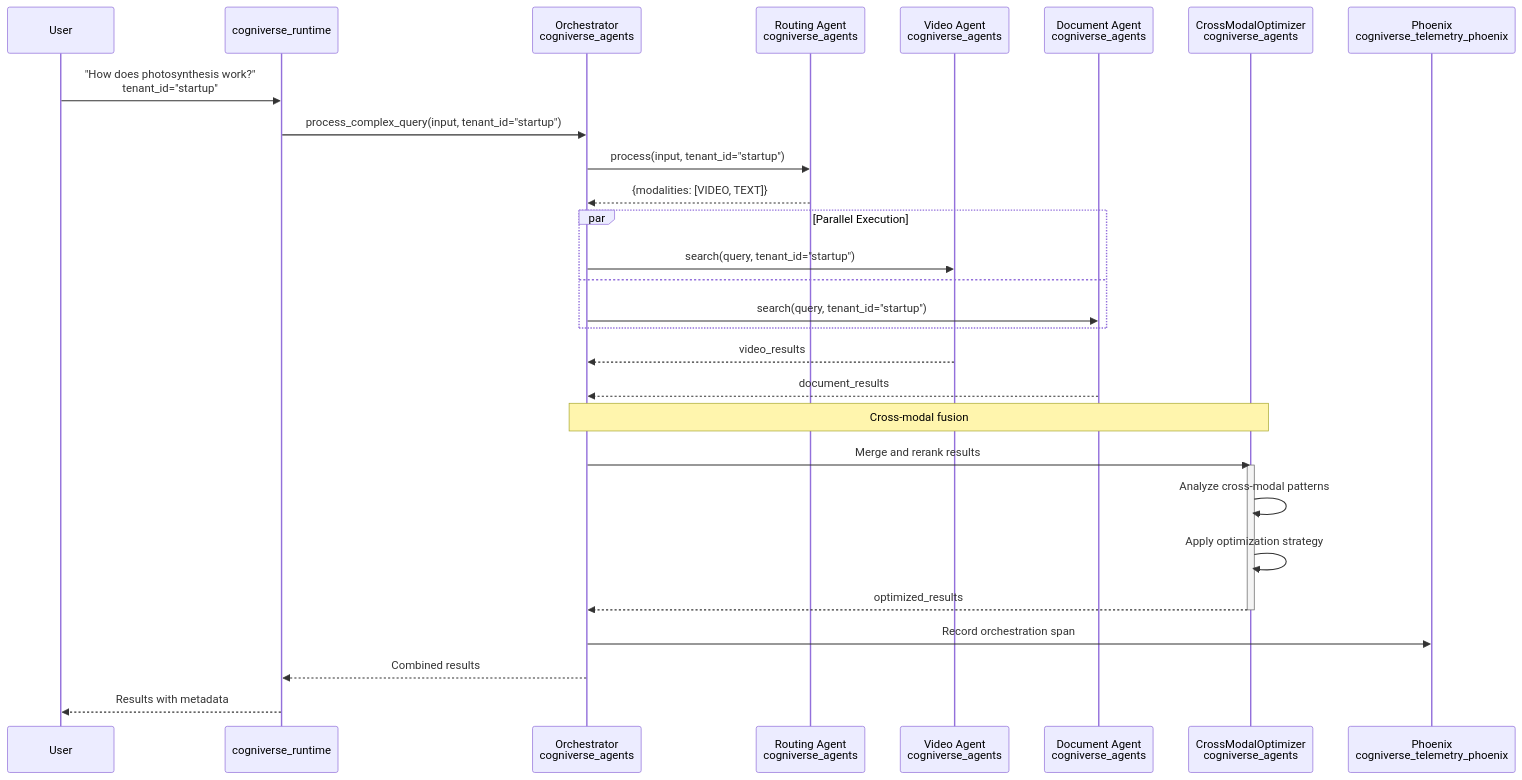
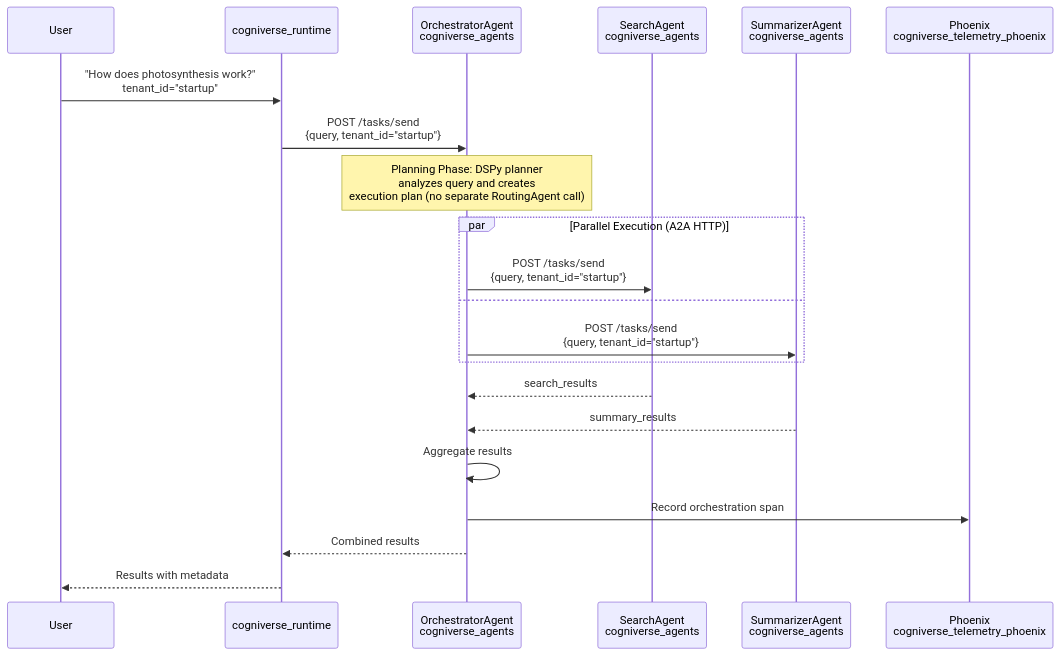
Before and after one commit to amit-jain/cogniverse: the third of 24 diagrams in docs/architecture/system-flows.md, drawn with Mermaid. The commit also changed other lines of this file and 137 other files, not shown here.

First line of the commit message:
Refactor agents to tenant-agnostic startup with per-request tenant routing

````diff
--- a/docs/architecture/system-flows.md
+++ b/docs/architecture/system-flows.md
@@ -129,38 +126,29 @@
 ```mermaid
 sequenceDiagram
     participant User
     participant Runtime as cogniverse_runtime
-    participant Orchestrator as Orchestrator<br/>cogniverse_agents
-    participant Routing as Routing Agent<br/>cogniverse_agents
-    participant VideoAgent as Video Agent<br/>cogniverse_agents
-    participant DocumentAgent as Document Agent<br/>cogniverse_agents
-    participant Fusion as CrossModalOptimizer<br/>cogniverse_agents
+    participant Orchestrator as OrchestratorAgent<br/>cogniverse_agents
+    participant SearchAgent as SearchAgent<br/>cogniverse_agents
+    participant Summarizer as SummarizerAgent<br/>cogniverse_agents
     participant Phoenix as Phoenix<br/>cogniverse_telemetry_phoenix
 
     User->>Runtime: "How does photosynthesis work?"<br/>tenant_id="startup"
 
-    Runtime->>Orchestrator: process_complex_query(input, tenant_id="startup")
-    Orchestrator->>Routing: process(input, tenant_id="startup")
-    Routing-->>Orchestrator: {modalities: [VIDEO, TEXT]}
+    Runtime->>Orchestrator: POST /tasks/send<br/>{query, tenant_id="startup"}
 
-    par Parallel Execution
-        Orchestrator->>VideoAgent: search(query, tenant_id="startup")
+    Note over Orchestrator: Planning Phase: DSPy planner<br/>analyzes query and creates<br/>execution plan (no separate RoutingAgent call)
+
+    par Parallel Execution (A2A HTTP)
+        Orchestrator->>SearchAgent: POST /tasks/send<br/>{query, tenant_id="startup"}
         and
-        Orchestrator->>DocumentAgent: search(query, tenant_id="startup")
+        Orchestrator->>Summarizer: POST /tasks/send<br/>{query, tenant_id="startup"}
     end
 
-    VideoAgent-->>Orchestrator: video_results
-    DocumentAgent-->>Orchestrator: document_results
+    SearchAgent-->>Orchestrator: search_results
+    Summarizer-->>Orchestrator: summary_results
 
-    Note over Orchestrator,Fusion: Cross-modal fusion
-    Orchestrator->>Fusion: Merge and rerank results
-    activate Fusion
-    Fusion->>Fusion: Analyze cross-modal patterns
-    Fusion->>Fusion: Apply optimization strategy
-    Fusion-->>Orchestrator: optimized_results
-    deactivate Fusion
-
+    Orchestrator->>Orchestrator: Aggregate results
     Orchestrator->>Phoenix: Record orchestration span
     Orchestrator-->>Runtime: Combined results
     Runtime-->>User: Results with metadata
 ```
````
